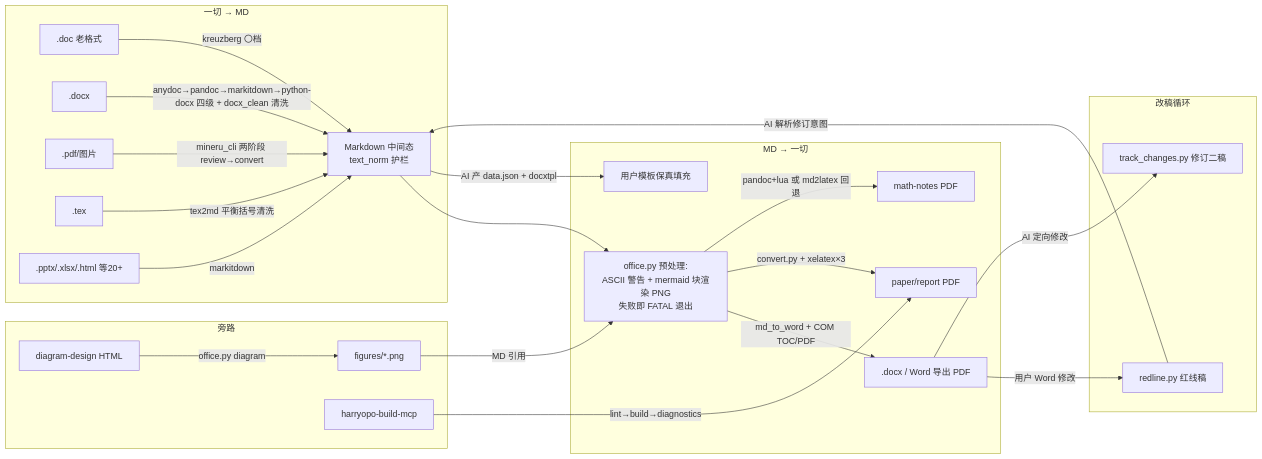
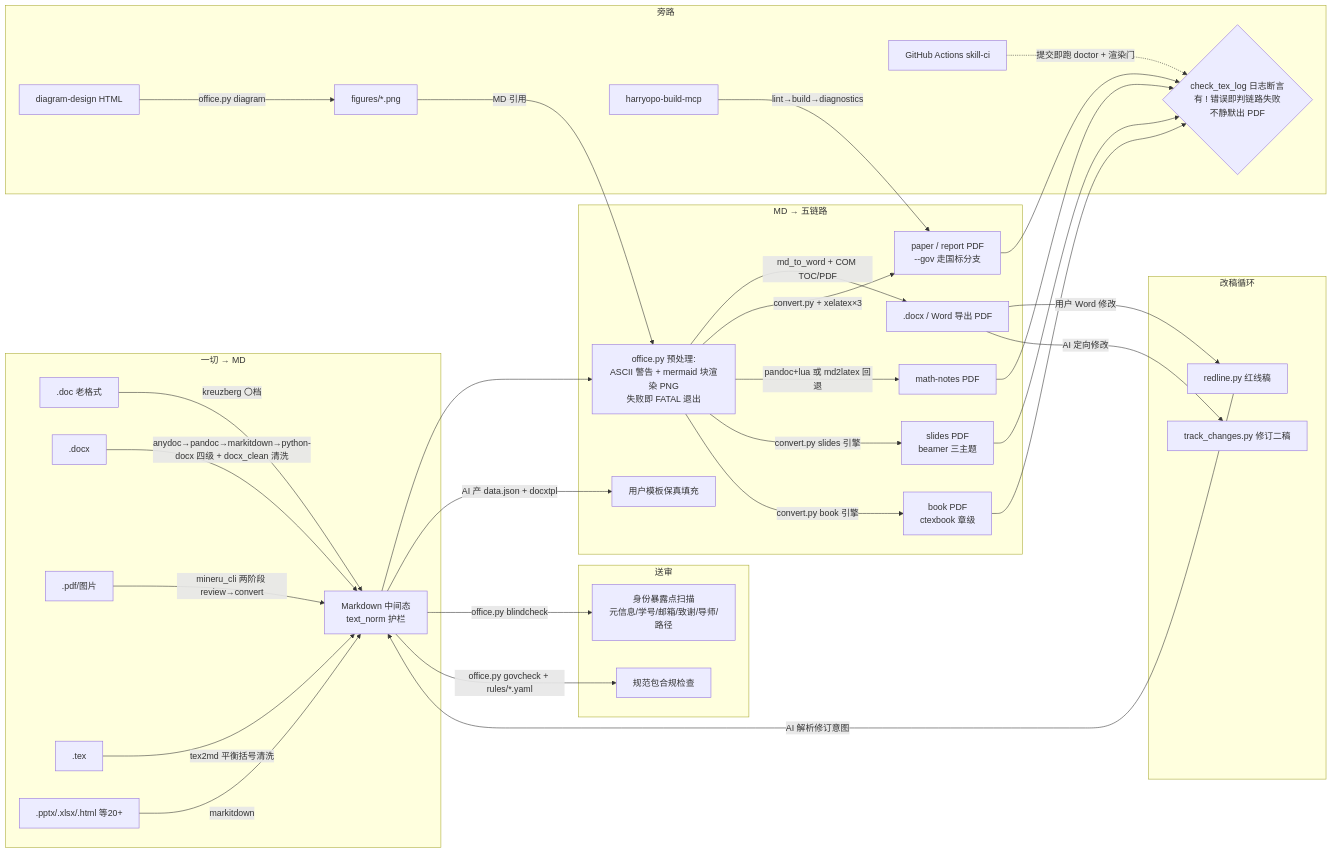
The diagram in docs/REPO_WIKI.md (harryopo/harryopo-latex), drawn with Mermaid before and after one commit. The commit also changed other lines of this file and 1 other file, not shown here.

First line of the commit message:
docs: 记录 8 项模板缺陷与存量债务；数据流图补齐五链路/送审/CI

````diff
--- a/docs/REPO_WIKI.md
+++ b/docs/REPO_WIKI.md
@@ -94,26 +94,38 @@
 ```mermaid
 flowchart LR
     subgraph 入口[一切 → MD]
         A1[.doc 老格式] -->|kreuzberg 〇档| MD
         A2[.docx] -->|anydoc→pandoc→markitdown→python-docx 四级 + docx_clean 清洗| MD
         A3[.pdf/图片] -->|mineru_cli 两阶段 review→convert| MD
         A4[.tex] -->|tex2md 平衡括号清洗| MD
         A5[.pptx/.xlsx/.html 等20+] -->|markitdown| MD
     end
     MD[Markdown 中间态<br/>text_norm 护栏] --> PRE[office.py 预处理:<br/>ASCII 警告 + mermaid 块渲染 PNG<br/>失败即 FATAL 退出]
-    subgraph 出口[MD → 一切]
+    subgraph 出口[MD → 五链路]
         PRE -->|md_to_word + COM TOC/PDF| W[.docx / Word 导出 PDF]
-        PRE -->|convert.py + xelatex×3| P[paper/report PDF]
+        PRE -->|convert.py + xelatex×3| P[paper / report PDF<br>--gov 走国标分支]
         PRE -->|pandoc+lua 或 md2latex 回退| N[math-notes PDF]
+        PRE -->|convert.py slides 引擎| S[slides PDF<br/>beamer 三主题]
+        PRE -->|convert.py book 引擎| K[book PDF<br/>ctexbook 章级]
         MD -->|AI 产 data.json + docxtpl| T[用户模板保真填充]
     end
+    P --> LOGCHK
+    N --> LOGCHK
+    S --> LOGCHK
+    K --> LOGCHK
+    LOGCHK{check_tex_log 日志断言<br/>有 ! 错误即判链路失败<br/>不静默出 PDF}
     subgraph 改稿循环
         W -->|用户 Word 修改| R[redline.py 红线稿]
         R -->|AI 解析修订意图| MD
         W -->|AI 定向修改| TC[track_changes.py 修订二稿]
     end
+    subgraph 送审
+        MD -->|office.py blindcheck| BL[身份暴露点扫描<br/>元信息/学号/邮箱/致谢/导师/路径]
+        MD -->|office.py govcheck + rules/*.yaml| GC[规范包合规检查]
+    end
     subgraph 旁路
         DD[diagram-design HTML] -->|office.py diagram| PNG[figures/*.png] -->|MD 引用| PRE
         BM[harryopo-build-mcp] -->|lint→build→diagnostics| P
+        CI[GitHub Actions skill-ci] -.->|提交即跑 doctor + 渲染门| LOGCHK
     end
 ```
````
